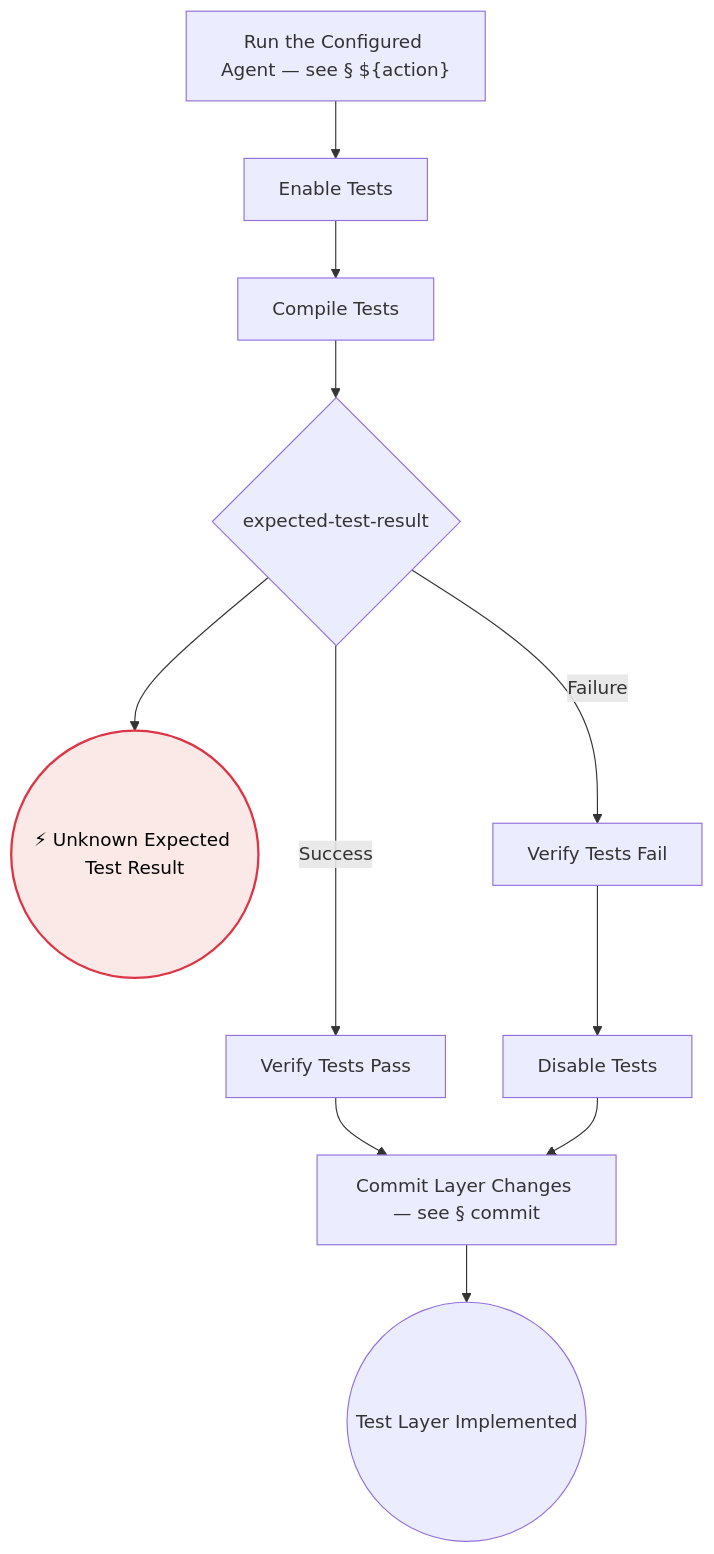
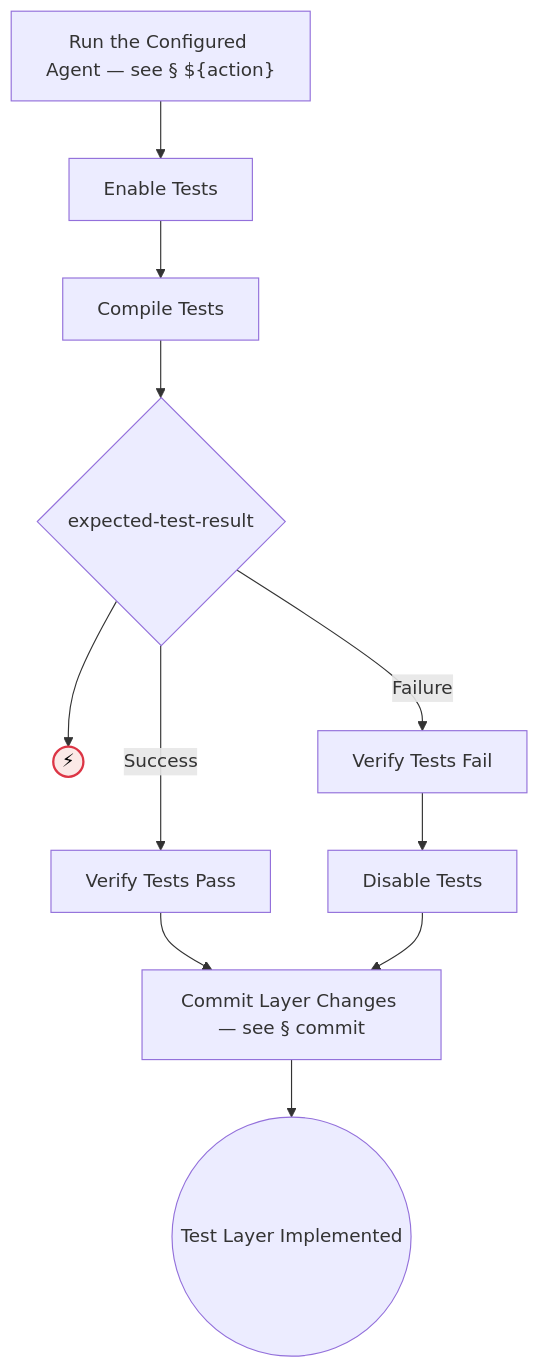
Before and after one commit to optivem/gh-optivem: diagram 22 of 53 in docs/process-diagram.md, drawn with Mermaid. The commit also changed other lines of this file and 1 other file, not shown here.

First line of the commit message:
atdd: shrink event circles in process diagrams

````diff
--- a/docs/process-diagram.md
+++ b/docs/process-diagram.md
@@ -414,27 +416,27 @@
 ```mermaid
 flowchart TD
     COMMIT_LAYER[Commit Layer Changes — see § commit]
     COMPILE_TESTS[Compile Tests]
     DISABLE_TESTS[Disable Tests]
     ENABLE_TESTS[Enable Tests]
     GATE_EXPECTED_TEST_RESULT{expected-test-result}
     IMPLEMENT_TEST_LAYER_END((Test Layer Implemented))
     RUN_ACTION["Run the Configured Agent — see § ${action}"]
-    UNKNOWN_EXPECTED_TEST_RESULT((⚡ Unknown Expected Test Result))
+    UNKNOWN_EXPECTED_TEST_RESULT((⚡))
     VERIFY_TESTS_FAIL_FILTERED[Verify Tests Fail]
     VERIFY_TESTS_PASS_FILTERED[Verify Tests Pass]
 
     RUN_ACTION --> ENABLE_TESTS
     ENABLE_TESTS --> COMPILE_TESTS
     COMPILE_TESTS --> GATE_EXPECTED_TEST_RESULT
     GATE_EXPECTED_TEST_RESULT -- Success --> VERIFY_TESTS_PASS_FILTERED
     GATE_EXPECTED_TEST_RESULT -- Failure --> VERIFY_TESTS_FAIL_FILTERED
     GATE_EXPECTED_TEST_RESULT --> UNKNOWN_EXPECTED_TEST_RESULT
     VERIFY_TESTS_PASS_FILTERED --> COMMIT_LAYER
     VERIFY_TESTS_FAIL_FILTERED --> DISABLE_TESTS
     DISABLE_TESTS --> COMMIT_LAYER
     COMMIT_LAYER --> IMPLEMENT_TEST_LAYER_END
 
     classDef errorEndNode fill:#fbe9e7,stroke:#dc3545,stroke-width:2px,color:#000000
     class UNKNOWN_EXPECTED_TEST_RESULT errorEndNode
 ```
````
